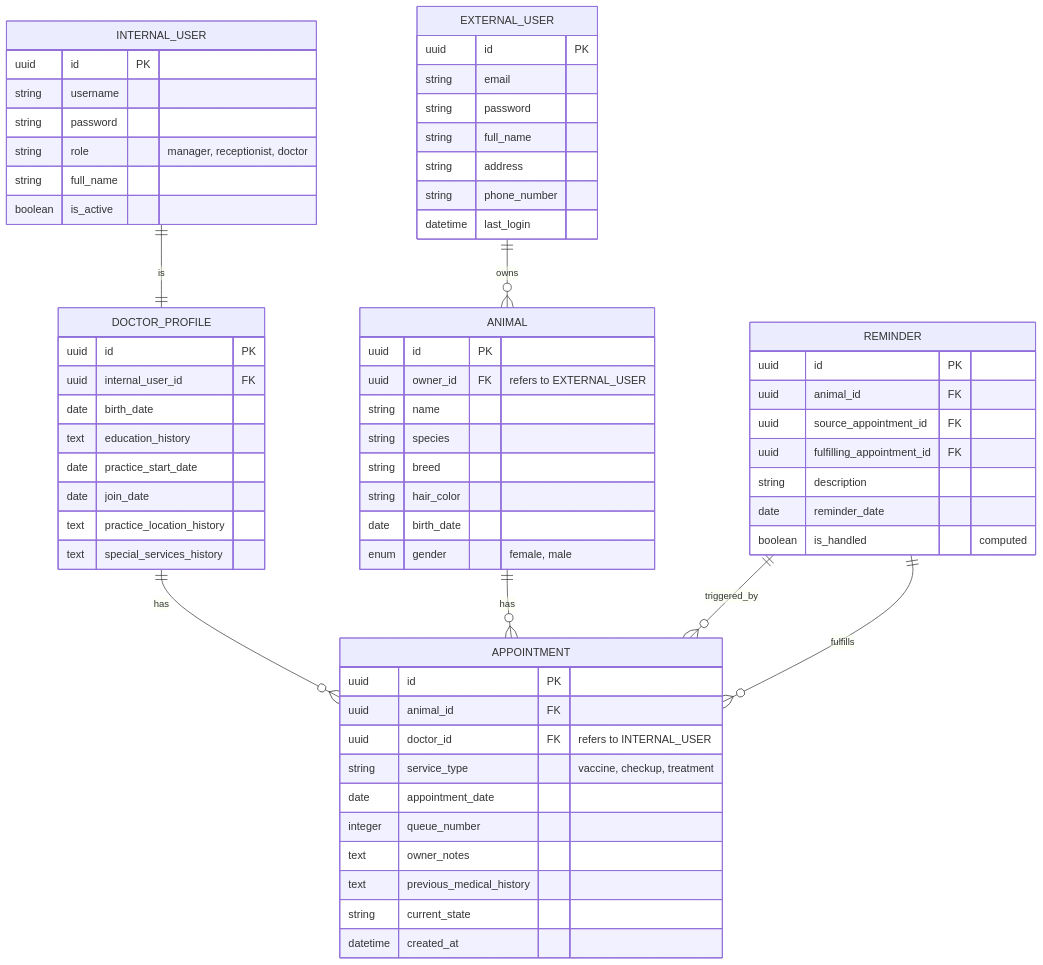
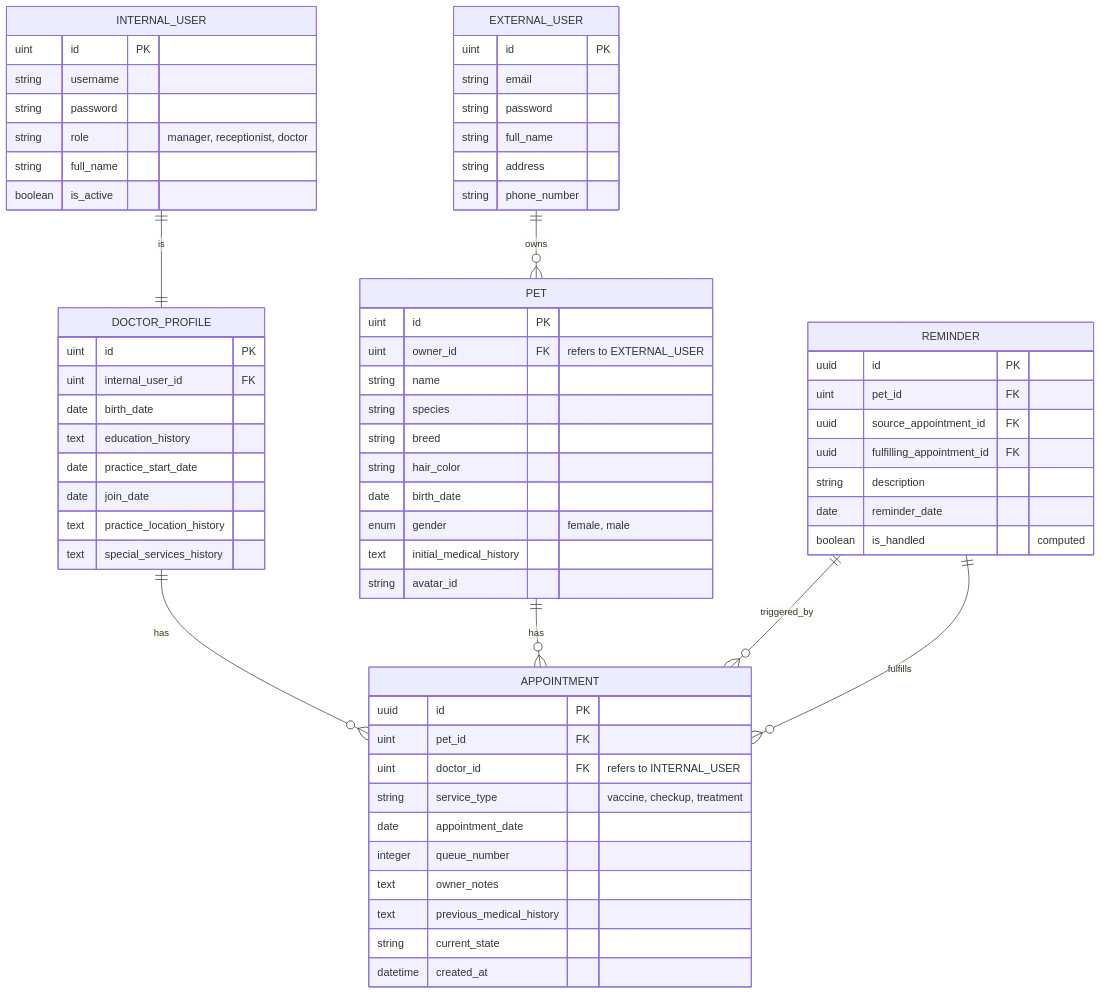
The diagram in DATABASE.md (levirs565/klinik-hewan), drawn with Mermaid before and after one commit. The commit also changed other lines of this file and 8 other files, not shown here.

````diff
--- a/DATABASE.md
+++ b/DATABASE.md
@@ -7,72 +7,73 @@
 ```mermaid
 erDiagram
-    EXTERNAL_USER ||--o{ ANIMAL : owns
+    EXTERNAL_USER ||--o{ PET : owns
     EXTERNAL_USER {
-        uuid id PK
+        uint id PK
         string email
         string password
         string full_name
         string address
         string phone_number
-        datetime last_login
     }
 
     INTERNAL_USER ||--|| DOCTOR_PROFILE : is
     INTERNAL_USER {
-        uuid id PK
+        uint id PK
         string username
         string password
         string role "manager, receptionist, doctor"
         string full_name
         boolean is_active
     }
 
     DOCTOR_PROFILE ||--o{ APPOINTMENT : has
     DOCTOR_PROFILE {
-        uuid id PK
-        uuid internal_user_id FK
+        uint id PK
+        uint internal_user_id FK
         date birth_date
         text education_history
         date practice_start_date
         date join_date
         text practice_location_history
         text special_services_history
     }
 
-    ANIMAL ||--o{ APPOINTMENT : has
-    ANIMAL {
-        uuid id PK
-        uuid owner_id FK "refers to EXTERNAL_USER"
+    PET ||--o{ APPOINTMENT : has
+    PET {
+        uint id PK
+        uint owner_id FK "refers to EXTERNAL_USER"
         string name
         string species
         string breed
         string hair_color
         date birth_date
         enum gender "female, male"
+        text initial_medical_history
+        string avatar_id
     }
 
     APPOINTMENT {
         uuid id PK
-        uuid animal_id FK
-        uuid doctor_id FK "refers to INTERNAL_USER"
+        uint pet_id FK
+        uint doctor_id FK "refers to INTERNAL_USER"
         string service_type "vaccine, checkup, treatment"
         date appointment_date
         integer queue_number
         text owner_notes
         text previous_medical_history
         string current_state
         datetime created_at
     }
 
     REMINDER ||--o{ APPOINTMENT : triggered_by
     REMINDER ||--o{ APPOINTMENT : fulfills
     REMINDER {
         uuid id PK
-        uuid animal_id FK
+        uint pet_id FK
         uuid source_appointment_id FK
         uuid fulfilling_appointment_id FK
         string description
         date reminder_date
         boolean is_handled "computed"
     }
 ```
````
